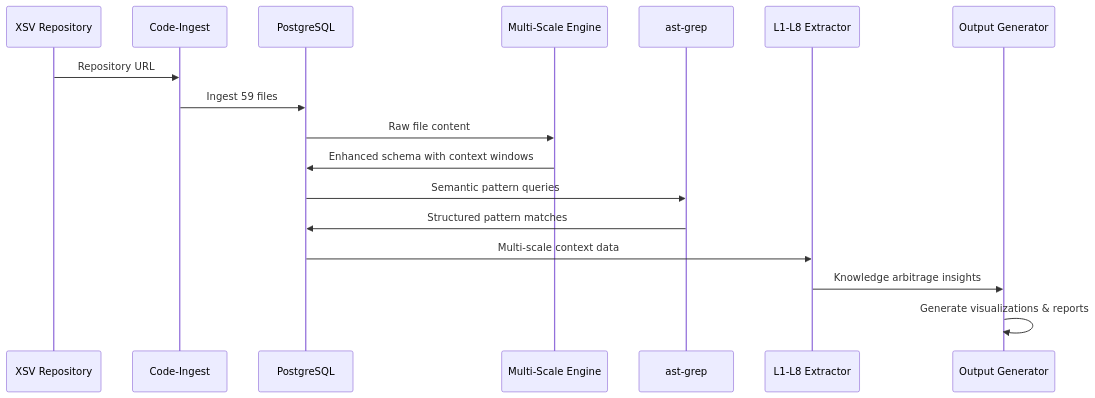
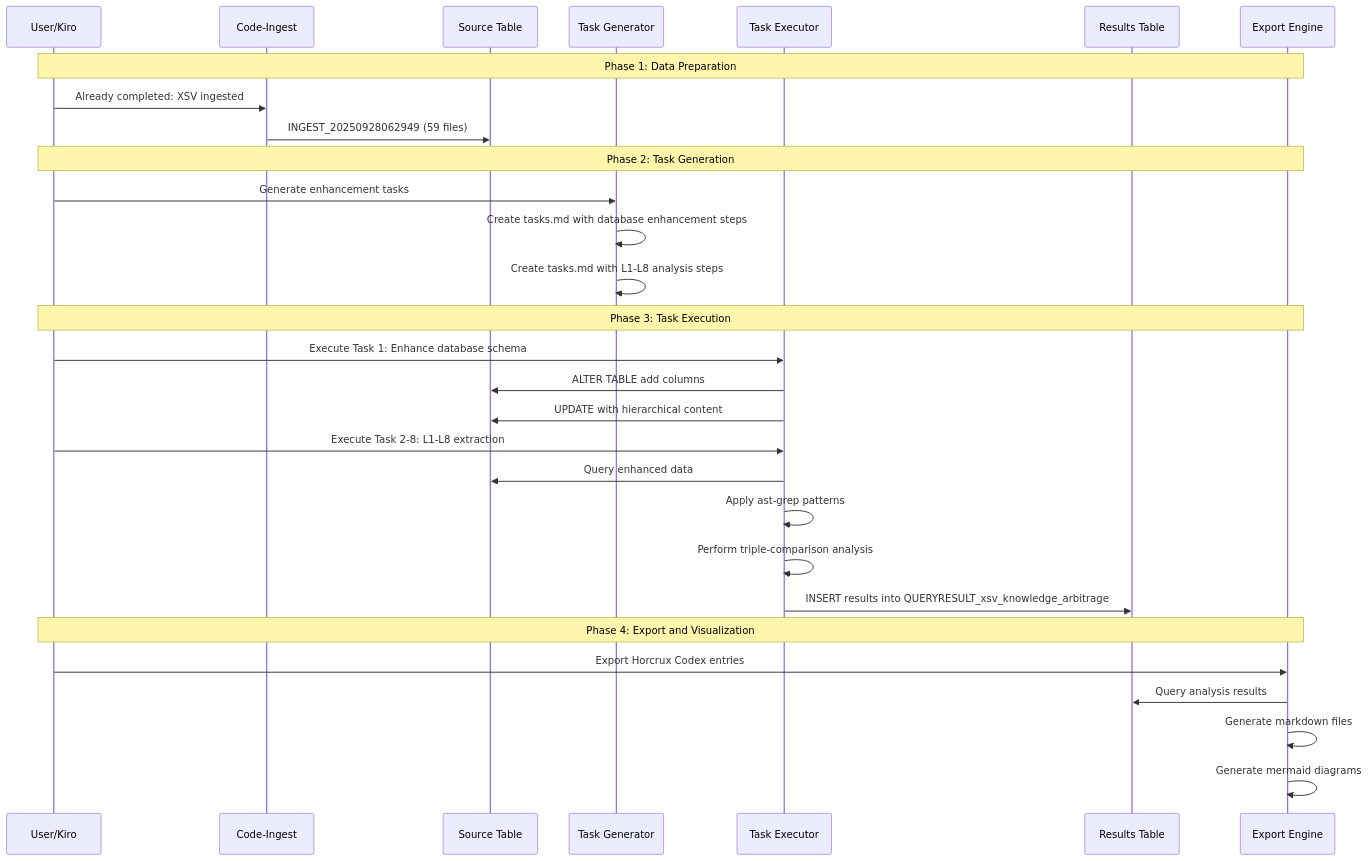
The second of 2 diagrams in .kiro/specs/S04-codebase-analysis-burnt-sushi-xsv/design.md (that-in-rust/pensieve-local-llm-server), drawn with Mermaid before and after one commit. The commit also changed other lines of this file and 1 other file, not shown here.

````diff
--- a/.kiro/specs/S04-codebase-analysis-burnt-sushi-xsv/design.md
+++ b/.kiro/specs/S04-codebase-analysis-burnt-sushi-xsv/design.md
@@ -48,20 +48,36 @@
 ```mermaid
 sequenceDiagram
-    participant R as XSV Repository
+    participant U as User/Kiro
     participant CI as Code-Ingest
-    participant DB as PostgreSQL
-    participant MSE as Multi-Scale Engine
-    participant AST as ast-grep
-    participant L18 as L1-L8 Extractor
-    participant OUT as Output Generator
+    participant ST as Source Table
+    participant TG as Task Generator
+    participant TE as Task Executor
+    participant RT as Results Table
+    participant EX as Export Engine
     
-    R->>CI: Repository URL
-    CI->>DB: Ingest 59 files
-    DB->>MSE: Raw file content
-    MSE->>DB: Enhanced schema with context windows
-    DB->>AST: Semantic pattern queries
-    AST->>DB: Structured pattern matches
-    DB->>L18: Multi-scale context data
-    L18->>OUT: Knowledge arbitrage insights
-    OUT->>OUT: Generate visualizations & reports
+    Note over U,EX: Phase 1: Data Preparation
+    U->>CI: Already completed: XSV ingested
+    CI->>ST: INGEST_20250928062949 (59 files)
+    
+    Note over U,EX: Phase 2: Task Generation
+    U->>TG: Generate enhancement tasks
+    TG->>TG: Create tasks.md with database enhancement steps
+    TG->>TG: Create tasks.md with L1-L8 analysis steps
+    
+    Note over U,EX: Phase 3: Task Execution
+    U->>TE: Execute Task 1: Enhance database schema
+    TE->>ST: ALTER TABLE add columns
+    TE->>ST: UPDATE with hierarchical content
+    
+    U->>TE: Execute Task 2-8: L1-L8 extraction
+    TE->>ST: Query enhanced data
+    TE->>TE: Apply ast-grep patterns
+    TE->>TE: Perform triple-comparison analysis
+    TE->>RT: INSERT results into QUERYRESULT_xsv_knowledge_arbitrage
+    
+    Note over U,EX: Phase 4: Export and Visualization
+    U->>EX: Export Horcrux Codex entries
+    EX->>RT: Query analysis results
+    EX->>EX: Generate markdown files
+    EX->>EX: Generate mermaid diagrams
 ```
````
